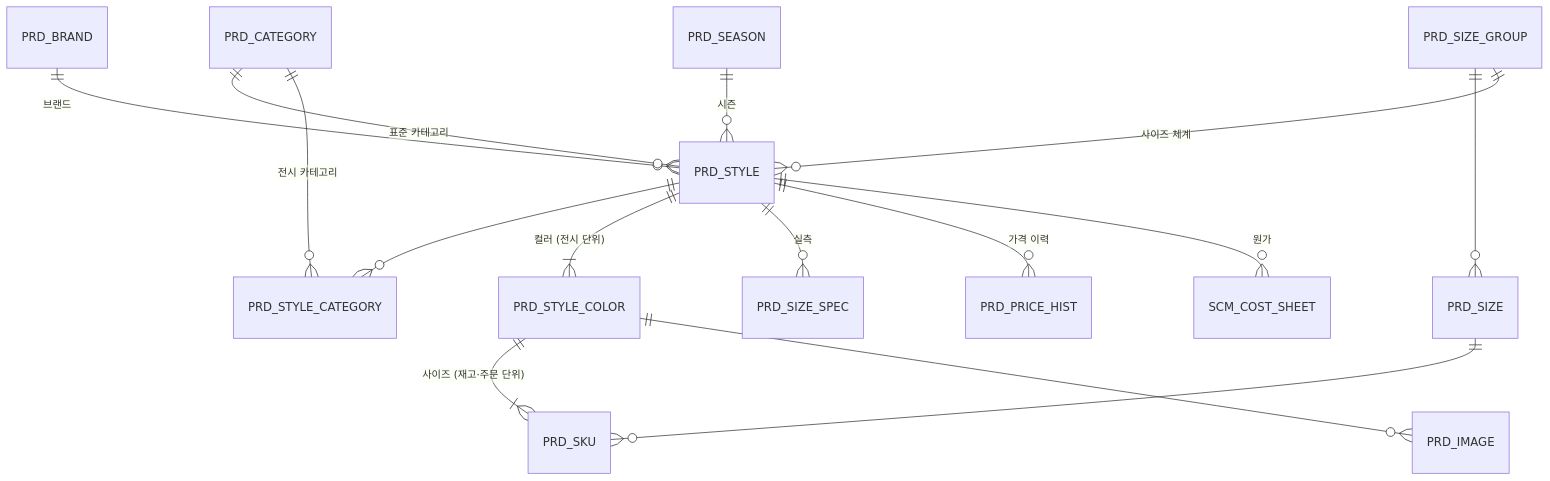
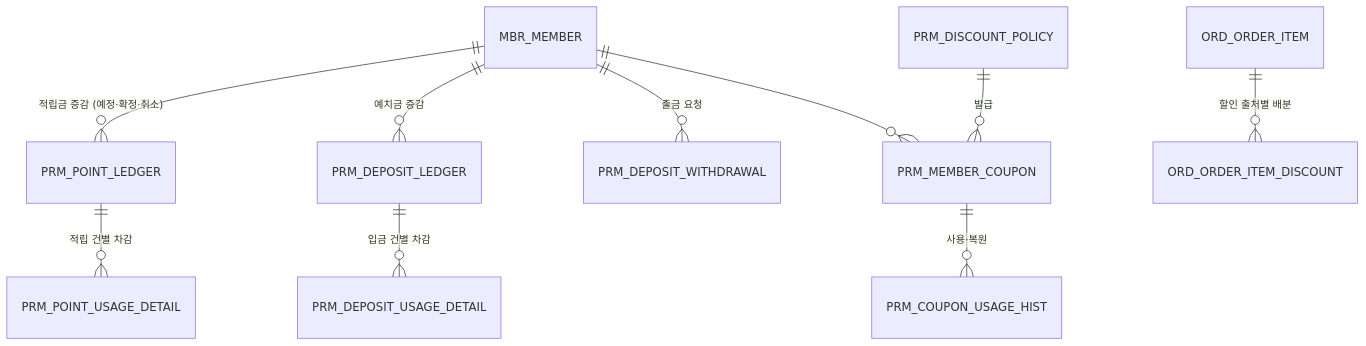
One commit to hotshin24/OnlineStorePortfolio2 changed the second of 4 diagrams in docs/db/01_erd_overview.md. Above: the diagram before and after it, drawn with Mermaid. The commit also changed other lines of this file and 25 other files, not shown here.

````diff
--- a/docs/db/01_erd_overview.md
+++ b/docs/db/01_erd_overview.md
@@ -58,17 +67,12 @@
 ```mermaid
 erDiagram
-    PRD_BRAND ||--o{ PRD_STYLE : "브랜드"
-    PRD_SEASON ||--o{ PRD_STYLE : "시즌"
-    PRD_CATEGORY ||--o{ PRD_STYLE : "표준 카테고리"
-    PRD_CATEGORY ||--o{ PRD_STYLE_CATEGORY : "전시 카테고리"
-    PRD_STYLE ||--o{ PRD_STYLE_CATEGORY : ""
-    PRD_SIZE_GROUP ||--o{ PRD_SIZE : ""
-    PRD_SIZE_GROUP ||--o{ PRD_STYLE : "사이즈 체계"
-    PRD_STYLE ||--|{ PRD_STYLE_COLOR : "컬러 (전시 단위)"
-    PRD_STYLE_COLOR ||--|{ PRD_SKU : "사이즈 (재고·주문 단위)"
-    PRD_SIZE ||--o{ PRD_SKU : ""
-    PRD_STYLE ||--o{ PRD_SIZE_SPEC : "실측"
-    PRD_STYLE ||--o{ PRD_PRICE_HIST : "가격 이력"
-    PRD_STYLE_COLOR ||--o{ PRD_IMAGE : ""
-    PRD_STYLE ||--o{ SCM_COST_SHEET : "원가"
+    MBR_MEMBER ||--o{ PRM_POINT_LEDGER : "적립금 증감 (예정·확정·취소)"
+    PRM_POINT_LEDGER ||--o{ PRM_POINT_USAGE_DETAIL : "적립 건별 차감"
+    MBR_MEMBER ||--o{ PRM_DEPOSIT_LEDGER : "예치금 증감"
+    PRM_DEPOSIT_LEDGER ||--o{ PRM_DEPOSIT_USAGE_DETAIL : "입금 건별 차감"
+    MBR_MEMBER ||--o{ PRM_DEPOSIT_WITHDRAWAL : "출금 요청"
+    PRM_DISCOUNT_POLICY ||--o{ PRM_MEMBER_COUPON : "발급"
+    MBR_MEMBER ||--o{ PRM_MEMBER_COUPON : ""
+    PRM_MEMBER_COUPON ||--o{ PRM_COUPON_USAGE_HIST : "사용·복원"
+    ORD_ORDER_ITEM ||--o{ ORD_ORDER_ITEM_DISCOUNT : "할인 출처별 배분"
 ```
````
